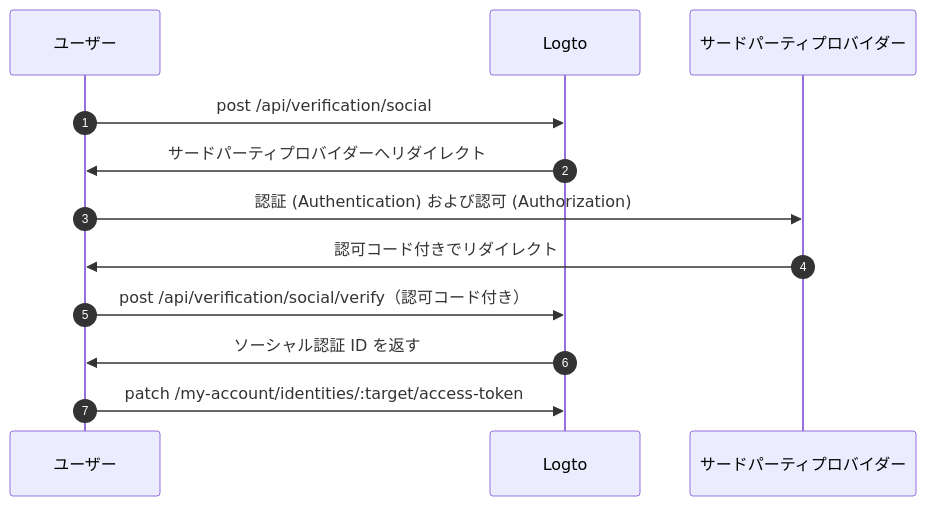
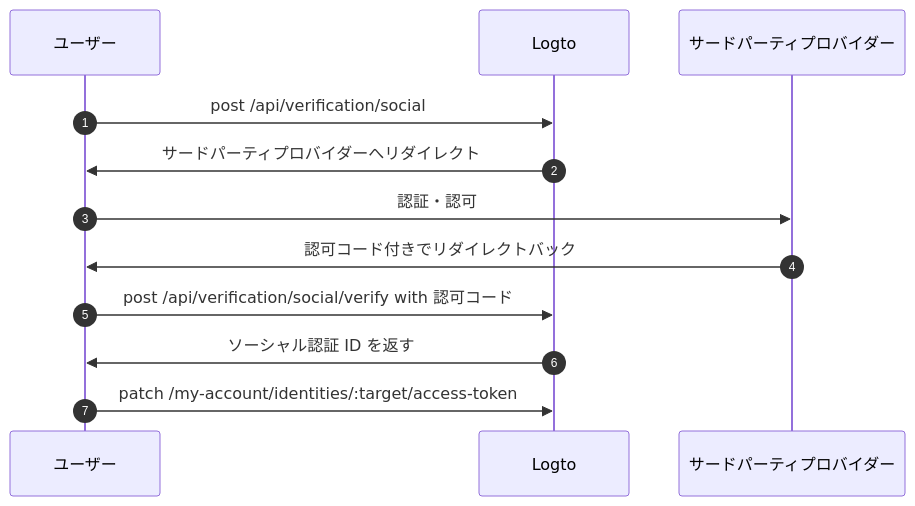
One commit to logto-io/docs changed the diagram in i18n/ja/docusaurus-plugin-content-docs/current/secret-vault/federated-token-set.mdx. Above: the diagram before and after it, drawn with Mermaid. The commit also changed other lines of this file and 59 other files, not shown here.

````diff
--- a/i18n/ja/docusaurus-plugin-content-docs/current/secret-vault/federated-token-set.mdx
+++ b/i18n/ja/docusaurus-plugin-content-docs/current/secret-vault/federated-token-set.mdx
@@ -139,16 +146,16 @@
 ```mermaid
 sequenceDiagram
     autonumber
 
     participant User as ユーザー
     participant Logto as Logto
     participant Provider as サードパーティプロバイダー
 
     User->>Logto: post /api/verification/social
     Logto->>User: サードパーティプロバイダーへリダイレクト
-    User->>Provider: 認証 (Authentication) および認可 (Authorization)
-    Provider->>User: 認可コード付きでリダイレクト
-    User->>Logto: post /api/verification/social/verify（認可コード付き）
+    User->>Provider: 認証・認可
+    Provider->>User: 認可コード付きでリダイレクトバック
+    User->>Logto: post /api/verification/social/verify with 認可コード
     Logto->>User: ソーシャル認証 ID を返す
     User->>Logto: patch /my-account/identities/:target/access-token
 ```
````
